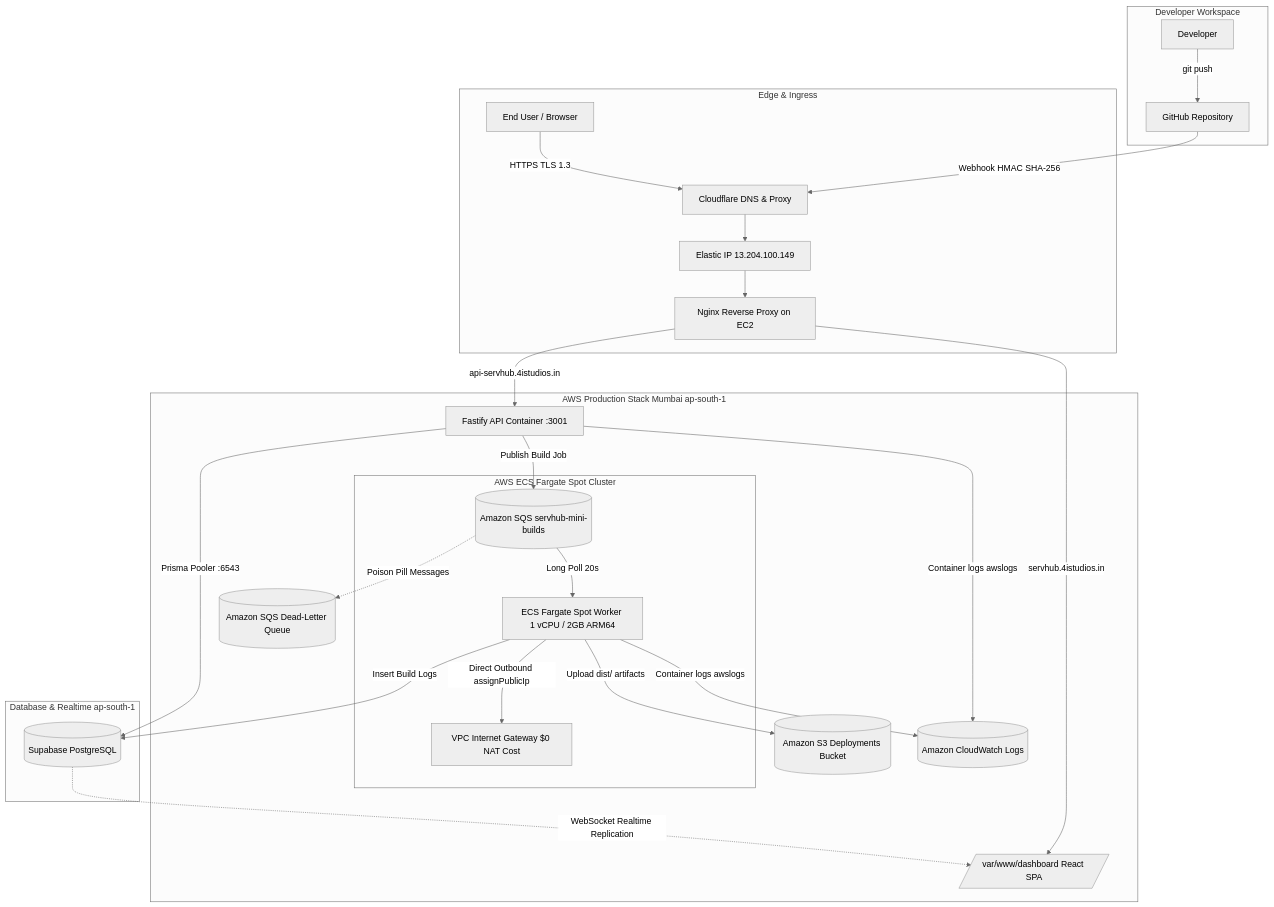
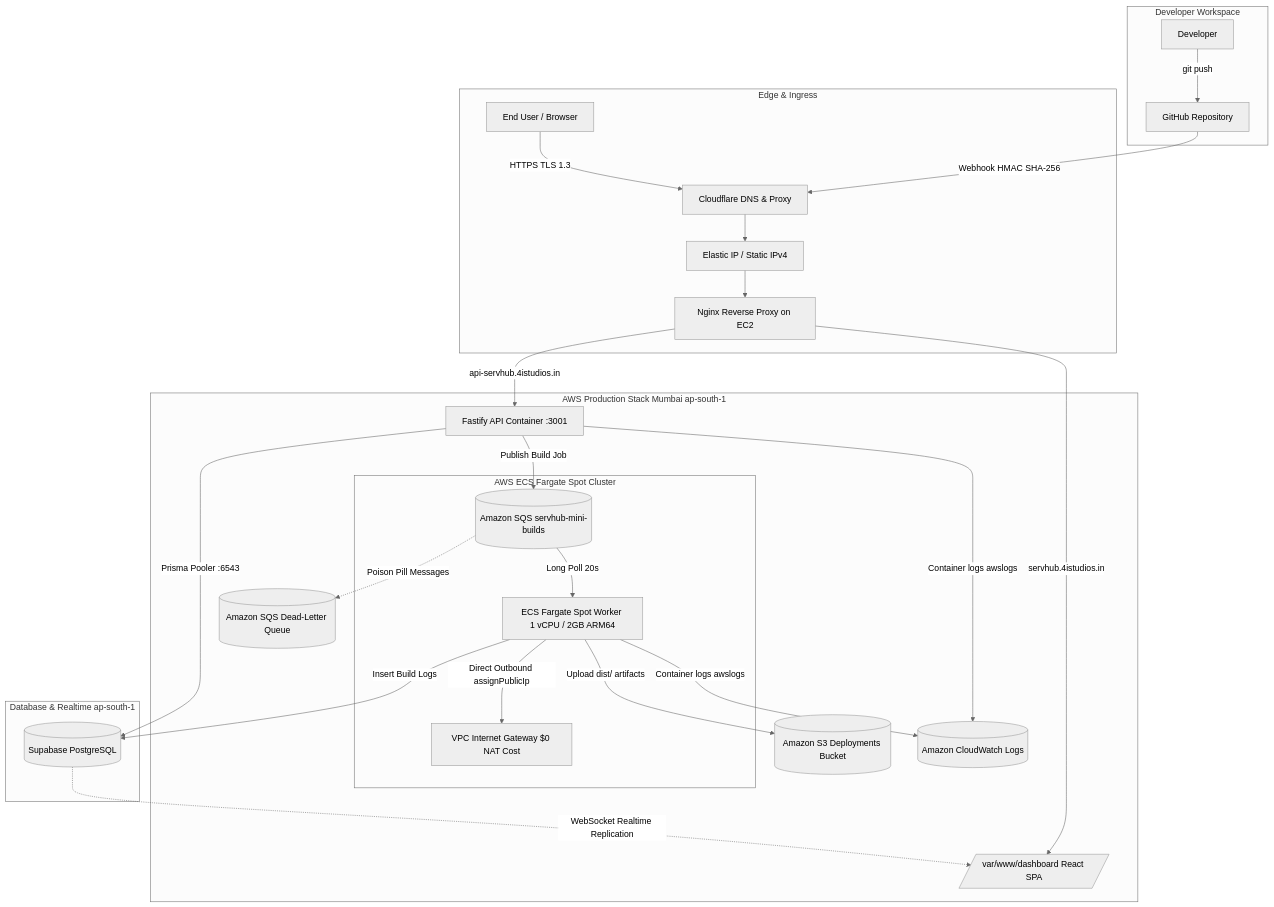
The diagram in README.md (Vinish-Rexson/ServHub-mini), drawn with Mermaid (neutral theme) before and after one commit. The commit also changed other lines of this file, not shown here.

````diff
--- a/README.md
+++ b/README.md
@@ -34,35 +34,35 @@
 ```mermaid
 flowchart TD
     subgraph Developer Workspace
         DEV[Developer] -->|git push| GH[GitHub Repository]
     end
 
     subgraph Edge & Ingress
         GH -->|Webhook HMAC SHA-256| CF[Cloudflare DNS & Proxy]
         USER[End User / Browser] -->|HTTPS TLS 1.3| CF
-        CF --> EIP[Elastic IP 13.204.100.149]
+        CF --> EIP[Elastic IP / Static IPv4]
         EIP --> NGINX[Nginx Reverse Proxy on EC2]
     end
 
     subgraph AWS Production Stack Mumbai ap-south-1
         NGINX -->|servhub.4istudios.in| DASH[/var/www/dashboard React SPA/]
         NGINX -->|api-servhub.4istudios.in| API[Fastify API Container :3001]
         
         API -->|Publish Build Job| SQS[(Amazon SQS servhub-mini-builds)]
         SQS -.->|Poison Pill Messages| DLQ[(Amazon SQS Dead-Letter Queue)]
         
         subgraph AWS ECS Fargate Spot Cluster
             SQS -->|Long Poll 20s| FARGATE[ECS Fargate Spot Worker 1 vCPU / 2GB ARM64]
             FARGATE -->|Direct Outbound assignPublicIp| IGW[VPC Internet Gateway $0 NAT Cost]
         end
         
         FARGATE -->|Upload dist/ artifacts| S3[(Amazon S3 Deployments Bucket)]
         API & FARGATE -->|Container logs awslogs| CW[(Amazon CloudWatch Logs)]
     end
 
     subgraph Database & Realtime ap-south-1
         API -->|Prisma Pooler :6543| PG[(Supabase PostgreSQL)]
         FARGATE -->|Insert Build Logs| PG
         PG -.->|WebSocket Realtime Replication| DASH
     end
 ```
````
